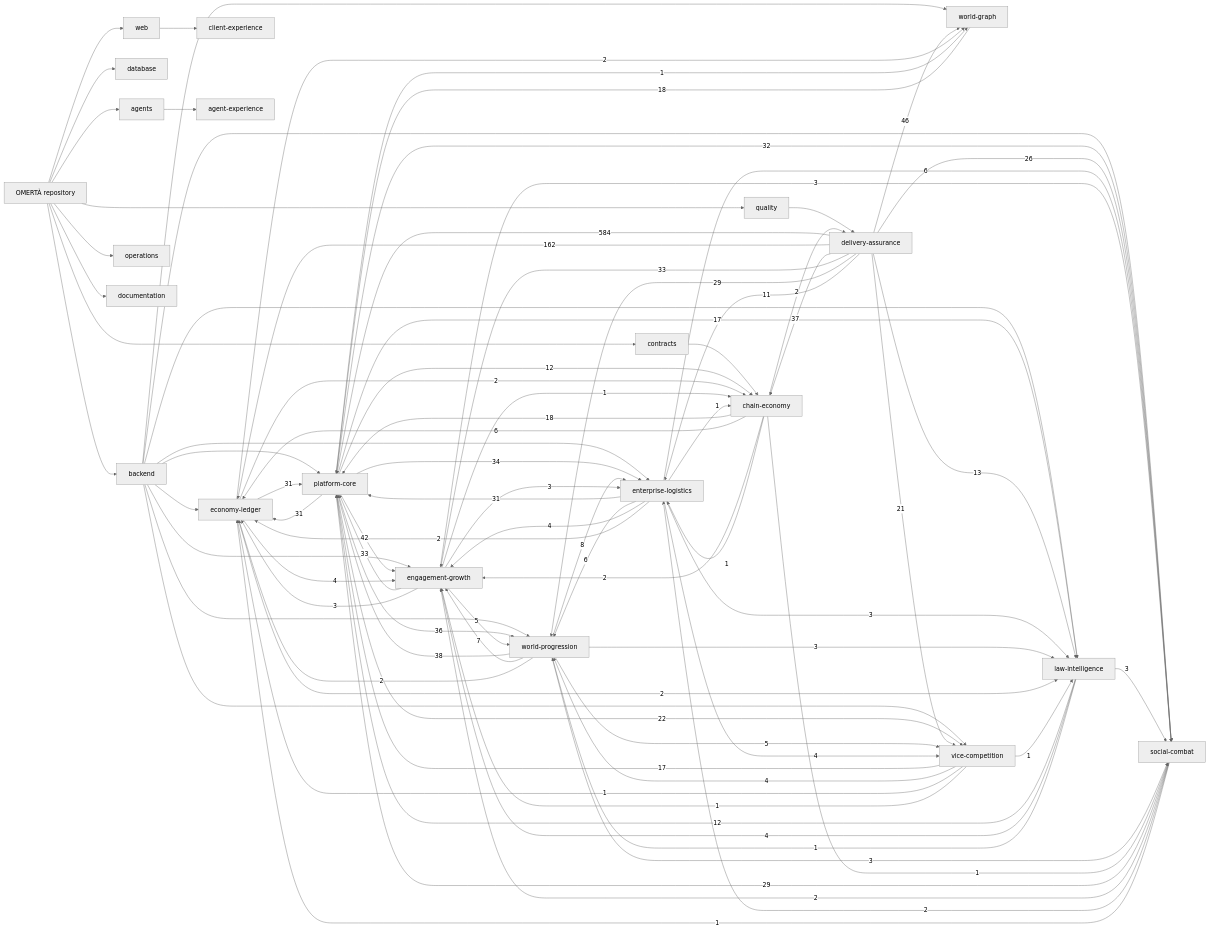
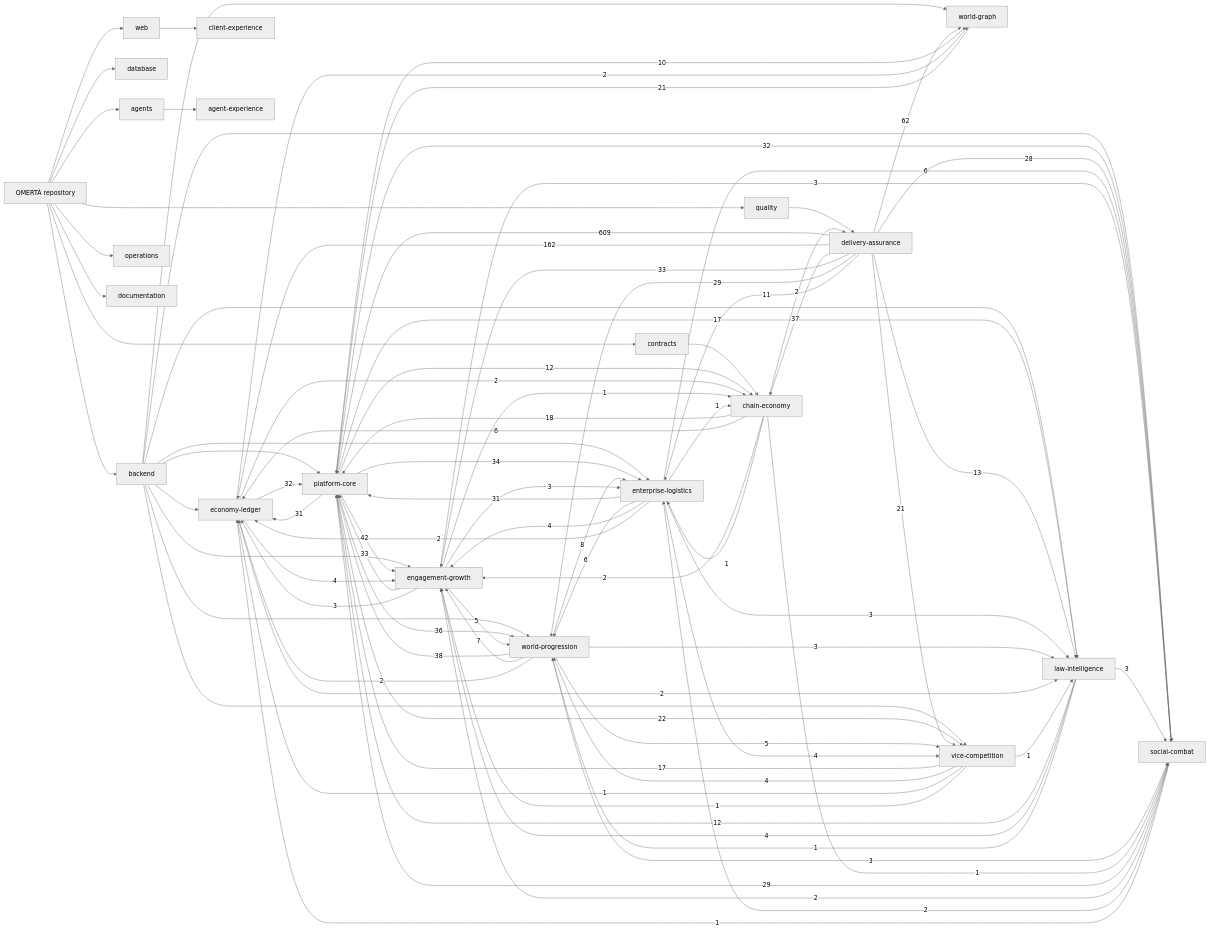
One commit to OmertaDev/Omerta changed the diagram in knowledge/generated/graph.mmd. Above: the diagram before and after it, drawn with Mermaid (neutral theme). The commit also changed 8 other files, not shown here.

```diff
--- a/knowledge/generated/graph.mmd
+++ b/knowledge/generated/graph.mmd
@@ -1,109 +1,109 @@
 flowchart LR
   repo["OMERTÀ repository"]
   sub_backend["backend"]
   repo --> sub_backend
   sub_database["database"]
   repo --> sub_database
   sub_web["web"]
   repo --> sub_web
   sub_contracts["contracts"]
   repo --> sub_contracts
   sub_agents["agents"]
   repo --> sub_agents
   sub_quality["quality"]
   repo --> sub_quality
   sub_operations["operations"]
   repo --> sub_operations
   sub_documentation["documentation"]
   repo --> sub_documentation
   dom_platform-core["platform-core"]
   dom_economy-ledger["economy-ledger"]
   dom_social-combat["social-combat"]
   dom_world-progression["world-progression"]
   dom_world-graph["world-graph"]
   dom_enterprise-logistics["enterprise-logistics"]
   dom_vice-competition["vice-competition"]
   dom_law-intelligence["law-intelligence"]
   dom_chain-economy["chain-economy"]
   dom_engagement-growth["engagement-growth"]
   dom_client-experience["client-experience"]
   dom_agent-experience["agent-experience"]
   dom_delivery-assurance["delivery-assurance"]
   sub_agents --> dom_agent-experience
   sub_backend --> dom_economy-ledger
   sub_backend --> dom_engagement-growth
   sub_backend --> dom_enterprise-logistics
   sub_backend --> dom_law-intelligence
   sub_backend --> dom_platform-core
   sub_backend --> dom_social-combat
   sub_backend --> dom_vice-competition
   sub_backend --> dom_world-graph
   sub_backend --> dom_world-progression
   sub_contracts --> dom_chain-economy
   sub_quality --> dom_delivery-assurance
   sub_web --> dom_client-experience
-  dom_delivery-assurance -->|584| dom_platform-core
+  dom_delivery-assurance -->|609| dom_platform-core
   dom_delivery-assurance -->|162| dom_economy-ledger
-  dom_delivery-assurance -->|46| dom_world-graph
+  dom_delivery-assurance -->|62| dom_world-graph
   dom_platform-core -->|42| dom_engagement-growth
   dom_world-progression -->|38| dom_platform-core
   dom_delivery-assurance -->|37| dom_chain-economy
   dom_platform-core -->|36| dom_world-progression
   dom_platform-core -->|34| dom_enterprise-logistics
   dom_delivery-assurance -->|33| dom_engagement-growth
   dom_engagement-growth -->|33| dom_platform-core
+  dom_economy-ledger -->|32| dom_platform-core
   dom_platform-core -->|32| dom_social-combat
-  dom_economy-ledger -->|31| dom_platform-core
   dom_enterprise-logistics -->|31| dom_platform-core
   dom_platform-core -->|31| dom_economy-ledger
   dom_delivery-assurance -->|29| dom_world-progression
   dom_social-combat -->|29| dom_platform-core
-  dom_delivery-assurance -->|26| dom_social-combat
+  dom_delivery-assurance -->|28| dom_social-combat
   dom_platform-core -->|22| dom_vice-competition
   dom_delivery-assurance -->|21| dom_vice-competition
+  dom_world-graph -->|21| dom_platform-core
   dom_chain-economy -->|18| dom_platform-core
-  dom_world-graph -->|18| dom_platform-core
   dom_platform-core -->|17| dom_law-intelligence
   dom_vice-competition -->|17| dom_platform-core
   dom_delivery-assurance -->|13| dom_law-intelligence
   dom_law-intelligence -->|12| dom_platform-core
   dom_platform-core -->|12| dom_chain-economy
   dom_delivery-assurance -->|11| dom_enterprise-logistics
+  dom_platform-core -->|10| dom_world-graph
   dom_world-progression -->|8| dom_enterprise-logistics
   dom_world-progression -->|7| dom_engagement-growth
   dom_chain-economy -->|6| dom_economy-ledger
   dom_enterprise-logistics -->|6| dom_social-combat
   dom_enterprise-logistics -->|6| dom_world-progression
   dom_engagement-growth -->|5| dom_world-progression
   dom_world-progression -->|5| dom_vice-competition
   dom_economy-ledger -->|4| dom_engagement-growth
   dom_enterprise-logistics -->|4| dom_engagement-growth
   dom_enterprise-logistics -->|4| dom_vice-competition
   dom_law-intelligence -->|4| dom_engagement-growth
   dom_vice-competition -->|4| dom_world-progression
   dom_engagement-growth -->|3| dom_economy-ledger
   dom_engagement-growth -->|3| dom_enterprise-logistics
   dom_engagement-growth -->|3| dom_social-combat
   dom_enterprise-logistics -->|3| dom_law-intelligence
   dom_law-intelligence -->|3| dom_social-combat
   dom_world-progression -->|3| dom_law-intelligence
   dom_world-progression -->|3| dom_social-combat
   dom_chain-economy -->|2| dom_delivery-assurance
   dom_chain-economy -->|2| dom_engagement-growth
   dom_economy-ledger -->|2| dom_chain-economy
   dom_economy-ledger -->|2| dom_law-intelligence
   dom_economy-ledger -->|2| dom_world-graph
   dom_enterprise-logistics -->|2| dom_economy-ledger
   dom_social-combat -->|2| dom_engagement-growth
   dom_social-combat -->|2| dom_enterprise-logistics
   dom_world-progression -->|2| dom_economy-ledger
   dom_chain-economy -->|1| dom_enterprise-logistics
   dom_chain-economy -->|1| dom_social-combat
   dom_engagement-growth -->|1| dom_chain-economy
   dom_enterprise-logistics -->|1| dom_chain-economy
   dom_law-intelligence -->|1| dom_world-progression
-  dom_platform-core -->|1| dom_world-graph
   dom_social-combat -->|1| dom_economy-ledger
   dom_vice-competition -->|1| dom_economy-ledger
   dom_vice-competition -->|1| dom_engagement-growth
   dom_vice-competition -->|1| dom_law-intelligence
```
